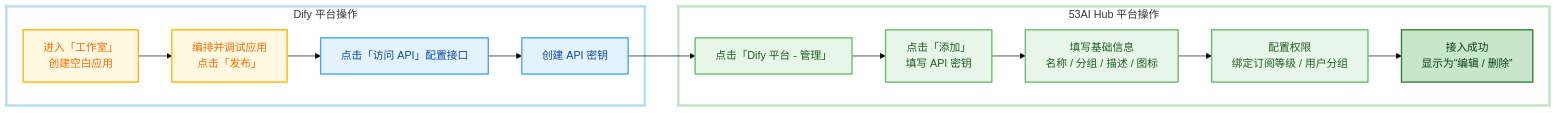
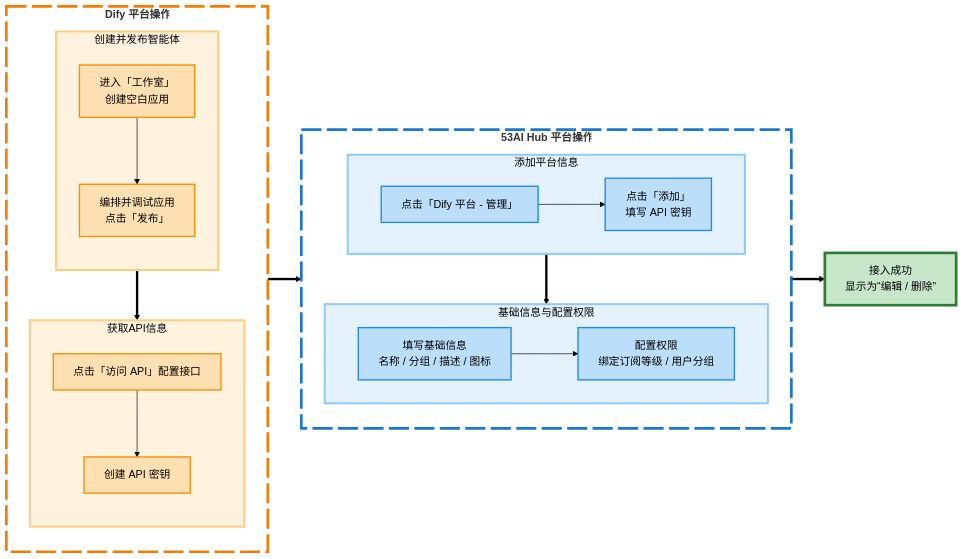
The second of 4 diagrams in 手册/站点配置/平台接入.md (53AI/53AIHub-docs), drawn with Mermaid (forest theme) before and after one commit. The commit also changed other lines of this file and 48 other files, not shown here.

````diff
--- a/手册/站点配置/平台接入.md
+++ b/手册/站点配置/平台接入.md
@@ -122,42 +125,46 @@
 ```mermaid
 flowchart LR
- subgraph subGraph0["Dify 平台操作"]
-        A1["进入「工作室」<br>创建空白应用"]
-        A2["编排并调试应用<br>点击「发布」"]
-        A3["点击「访问 API」配置接口"]
-        A4["创建 API 密钥"]
-  end
- subgraph subGraph1["53AI Hub 平台操作"]
-        B1["点击「Dify 平台 - 管理」"]
-        B2["点击「添加」<br>填写 API 密钥"]
-        B3["填写基础信息<br>名称 / 分组 / 描述 / 图标"]
-        B4["配置权限<br>绑定订阅等级 / 用户分组"]
-        B5["接入成功<br>显示为“编辑 / 删除”"]
-  end
-      A1 --> A2
-      A2 --> A3
-      A3 --> A4
-      A4 --> B1
-      B1 --> B2
-      B2 --> B3
-      B3 --> B4
-      B4 --> B5
 
-     A1:::difyStep
-     A1:::difysetupStep
-     A2:::difyStep
-     A2:::difysetupStep
-     A3:::difyStep
-     A4:::difyStep
-     B1:::hubStep
-     B2:::hubStep
-     B3:::hubStep
-     B4:::hubStep
-     B5:::successStep
-    classDef difysetupStep fill:#FFF8E1,stroke:#FFB300,stroke-width:2px,color:#EF6C00
-    classDef difyStep fill:#E3F2FD,stroke:#42A5F5,stroke-width:2px,color:#0D47A1
-    classDef hubStep fill:#E8F5E9,stroke:#66BB6A,stroke-width:2px,color:#1B5E20
-    classDef successStep fill:#C8E6C9,stroke:#2E7D32,stroke-width:2px,color:#0D3B20
-    style subGraph0 fill:transparent,stroke-width:4px,stroke:#BBDEFB
-    style subGraph1 fill:transparent,stroke:#C8E6C9,stroke-width:4px
+subgraph one["Dify 平台操作"]
+direction TB
+subgraph step1["创建并发布智能体"]
+direction TB
+A1["进入「工作室」<br>创建空白应用"] --> A2["编排并调试应用<br>点击「发布」"]
+end
+subgraph step2["获取API信息"]
+direction TB
+A3["点击「访问 API」配置接口"] --> A4["创建 API 密钥"]
+end
+end
+subgraph two["53AI Hub 平台操作"]
+direction TB
+subgraph step3["添加平台信息"]
+B1["点击「Dify 平台 - 管理」"]-->B2["点击「添加」<br>填写 API 密钥"]
+end
+subgraph step4["基础信息与配置权限"]
+B3["填写基础信息<br>名称 / 分组 / 描述 / 图标"]-->B4["配置权限<br>绑定订阅等级 / 用户分组"]
+end
+end
+C1["接入成功<br>显示为“编辑 / 删除”"]
+
+step1 ==> step2==>step3==>step4 ==>C1
+
+classDef difyStep fill:#FFE0B2,stroke:#FB8C00,stroke-width:2px,color:#000000
+classDef hubStep fill:#BBDEFB,stroke:#1E88E5,stroke-width:2px,color:#000000
+classDef successStep fill:#C8E6C9,stroke:#2E7D32,stroke-width:4px,color:#000000
+
+classDef stepBox1 fill:#FFF3E0,stroke:#FFCC80,stroke-width:3px,color:#000000
+classDef stepBox2 fill:#E3F2FD,stroke:#90CAF9,stroke-width:3px,color:#000000
+
+class A1,A2,A3,A4 difyStep
+class B1,B2,B3,B4 hubStep
+class C1 successStep
+
+class step1 stepBox1
+class step2 stepBox1
+class step3 stepBox2
+class step4 stepBox2
+
+style one fill:transparent,stroke:#F57C00,stroke-width:4px,stroke-dasharray: 30 8,font-weight:bold
+style two fill:transparent,stroke:#1976D2,stroke-width:4px,stroke-dasharray: 30 8,font-weight:bold
 ```
````
